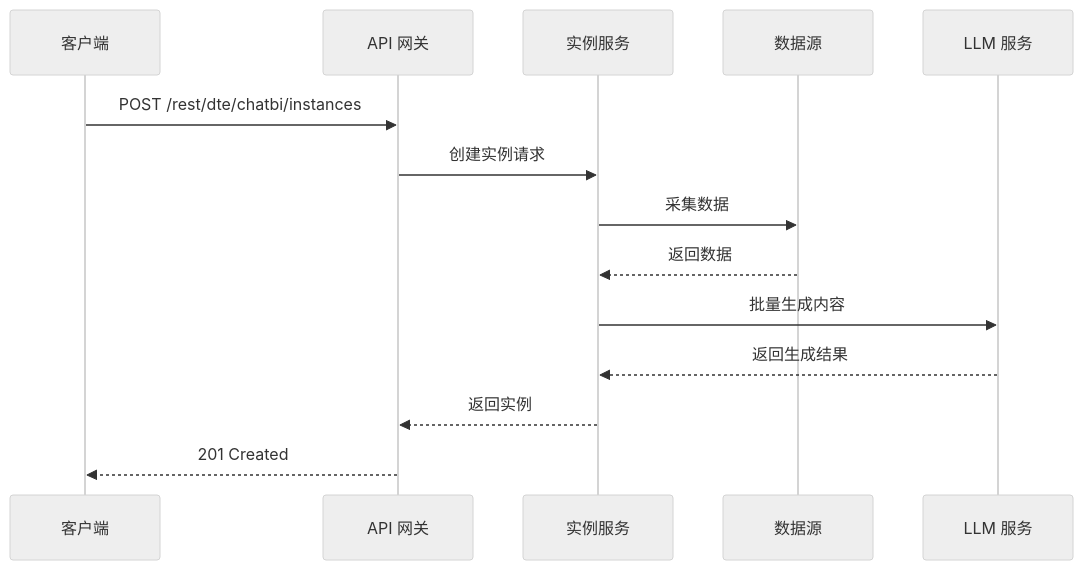
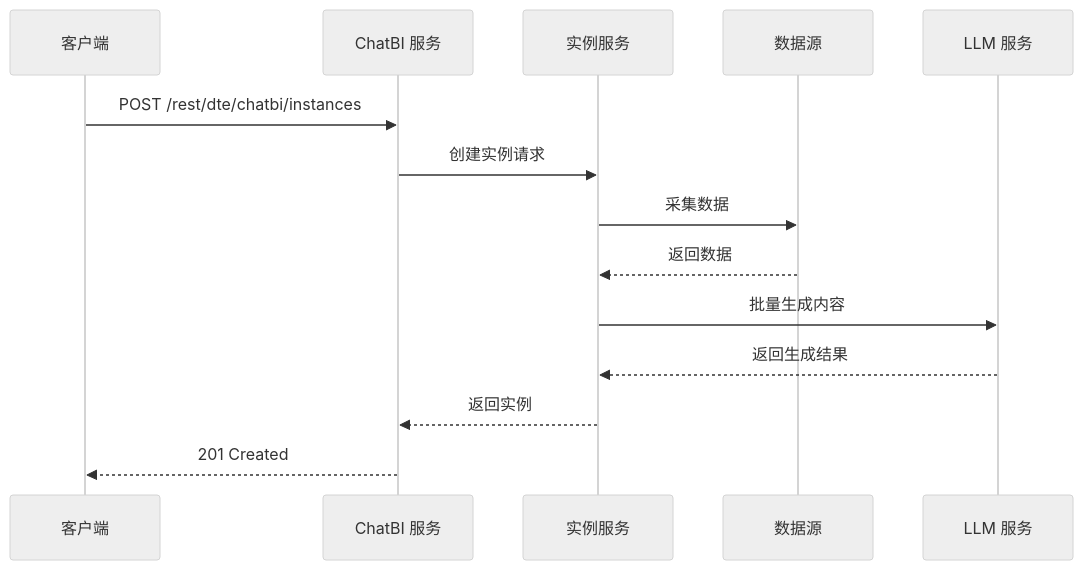
Diagram 11 of 13 in design.md (shel447/ReportSystem), drawn with Mermaid (neutral theme) before and after one commit. The commit also changed other lines of this file, not shown here.

Commit message:
Update: Remove API gateway, ChatBI service provides all interfaces directly

````diff
--- a/design.md
+++ b/design.md
@@ -725,17 +735,17 @@
 ```mermaid
 sequenceDiagram
     participant Client as 客户端
-    participant API as API 网关
+    participant ChatBI as ChatBI 服务
     participant Instance as 实例服务
     participant Data as 数据源
     participant LLM as LLM 服务
 
-    Client->>API: POST /rest/dte/chatbi/instances
-    API->>Instance: 创建实例请求
+    Client->>ChatBI: POST /rest/dte/chatbi/instances
+    ChatBI->>Instance: 创建实例请求
     Instance->>Data: 采集数据
     Data-->>Instance: 返回数据
     Instance->>LLM: 批量生成内容
     LLM-->>Instance: 返回生成结果
-    Instance-->>API: 返回实例
-    API-->>Client: 201 Created
+    Instance-->>ChatBI: 返回实例
+    ChatBI-->>Client: 201 Created
 ```
````
